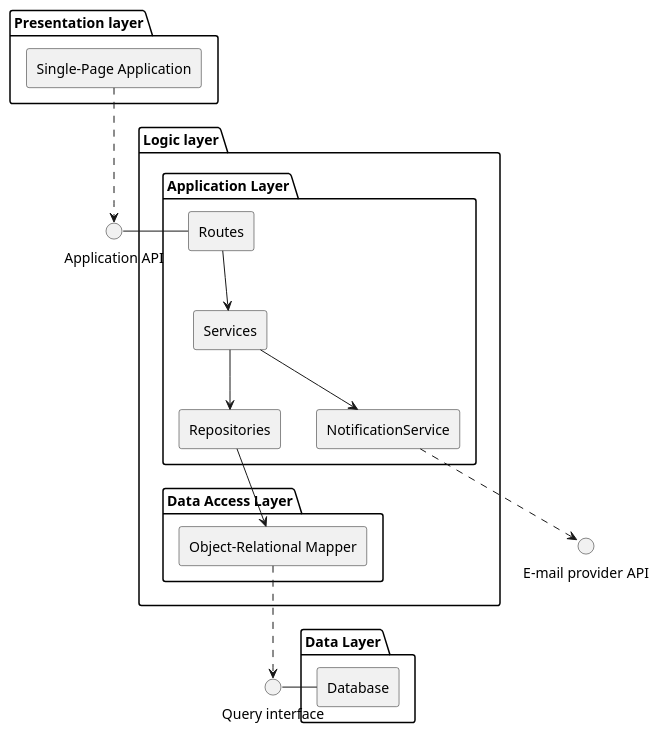
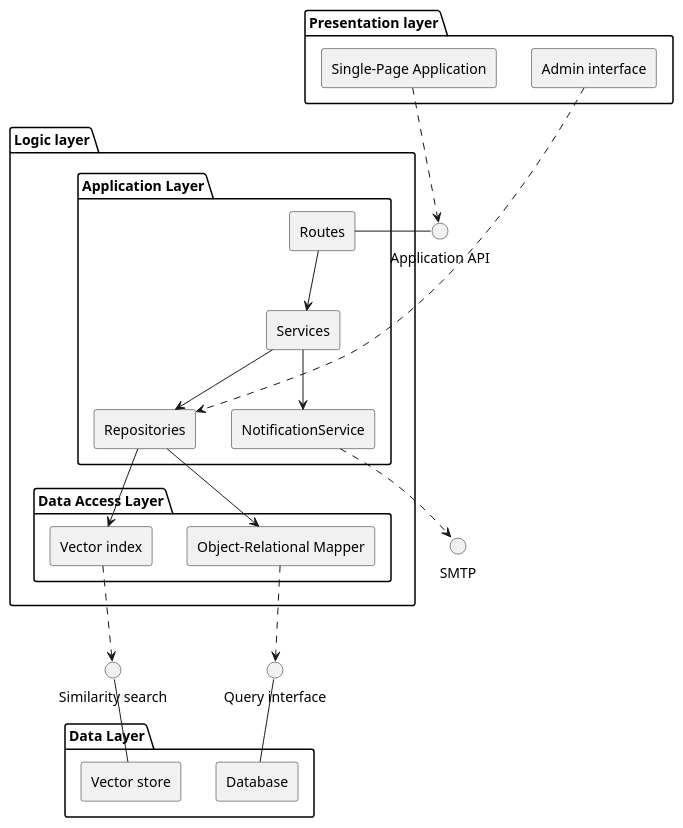
The diagram in sections/03-design/assets/components.puml (unibo-dtm-se-2526-PRONTO/report), drawn with PlantUML before and after one commit. The commit also changed 14 other files, not shown here.

```diff
--- a/sections/03-design/assets/components.puml
+++ b/sections/03-design/assets/components.puml
@@ -1,45 +1,53 @@
 @startuml components-diagram 
 
 skinparam componentStyle rectangle
 skinparam shadowing false
 
 package "Presentation layer" {
   [Single-Page Application] as SPA
+  [Admin interface] as Admin
 }
 
 package "Logic layer" {
 
   package "Application Layer" {
     [Routes]
     [Services]
     [Repositories]
     [NotificationService]
   }
 
   package "Data Access Layer" {
     [Object-Relational Mapper] as ORM
+    [Vector index] as VI
   }
 
   [Routes] --> [Services]
   [Services] --> [Repositories]
   [Services] --> [NotificationService]
   [Repositories] --> [ORM]
+  [Repositories] --> VI
 }
 
-interface "E-mail provider API" as MailAPI
+interface "SMTP" as MailAPI
 [NotificationService] ..> MailAPI
 
 package "Data Layer" {
   [Database]
+  [Vector store] as VS
 }
 
 interface "Application API" as API
 interface "Query interface" as Query
+interface "Similarity search" as Similarity
 
 API - [Routes]
 SPA ..> API
+Admin ..> [Repositories]
 
-Query - [Database]
+[Database] -up- Query
+VS -up- Similarity
 [ORM] ..> Query
+VI ..> Similarity
 
 @enduml
```
